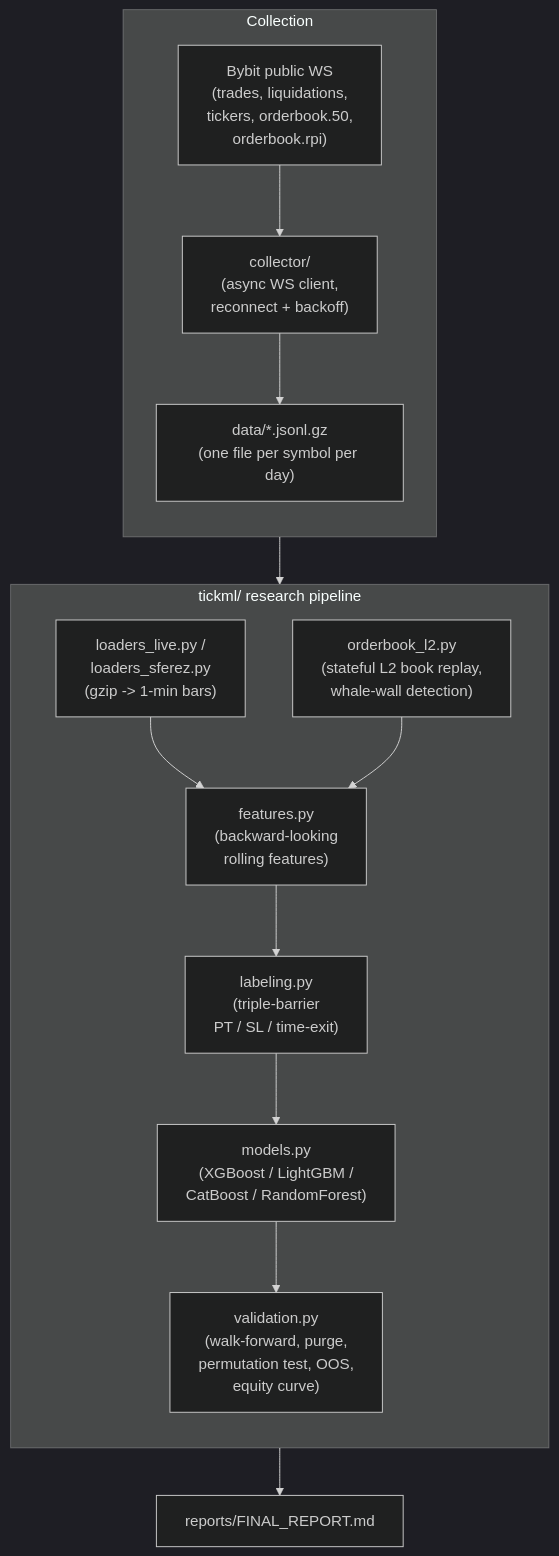
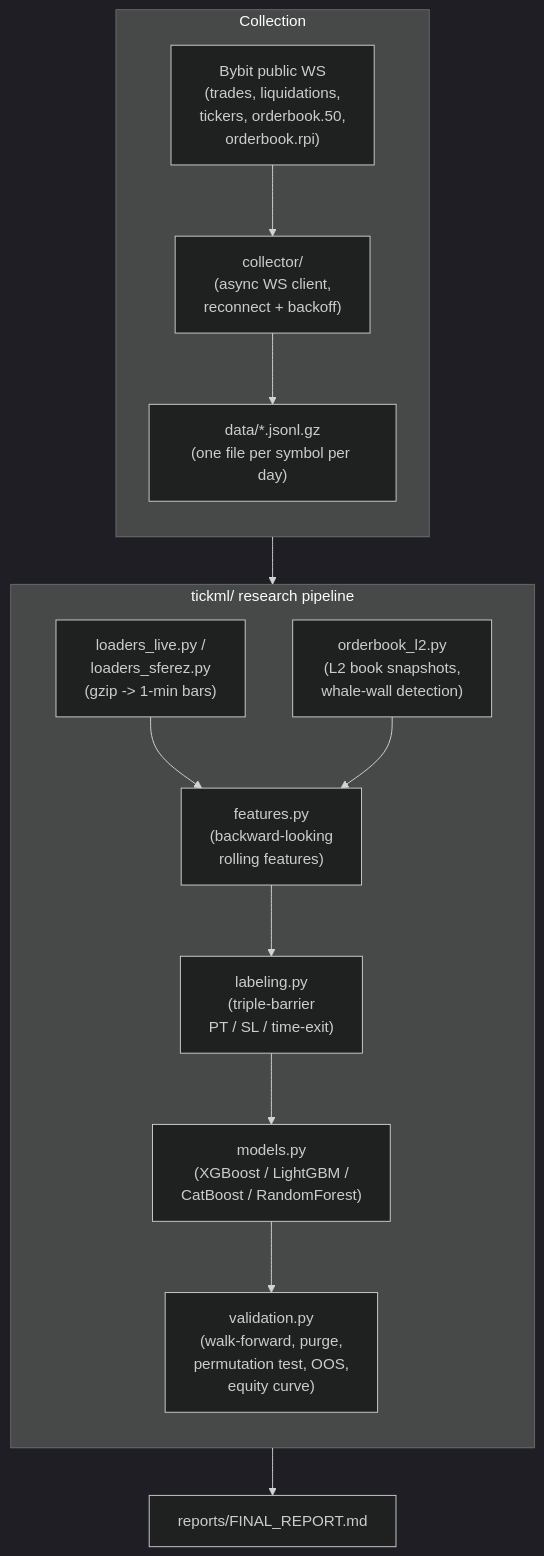
Before and after one commit to nadeko0/edge-or-noise: the first of 3 diagrams in README.md, drawn with Mermaid (dark theme). The commit also changed other lines of this file and 11 other files, not shown here.

````diff
--- a/README.md
+++ b/README.md
@@ -141,26 +155,26 @@
 ```mermaid
 flowchart TD
     subgraph Collection["Collection"]
         direction TB
         WS["Bybit public WS<br/>(trades, liquidations,<br/>tickers, orderbook.50,<br/>orderbook.rpi)"]
         COL["collector/<br/>(async WS client,<br/>reconnect + backoff)"]
         DISK["data/*.jsonl.gz<br/>(one file per symbol per day)"]
         WS --> COL --> DISK
     end
 
     subgraph Research["tickml/ research pipeline"]
         direction TB
         LOAD["loaders_live.py /<br/>loaders_sferez.py<br/>(gzip -> 1-min bars)"]
-        L2["orderbook_l2.py<br/>(stateful L2 book replay,<br/>whale-wall detection)"]
+        L2["orderbook_l2.py<br/>(L2 book snapshots,<br/>whale-wall detection)"]
         FEAT["features.py<br/>(backward-looking<br/>rolling features)"]
         LABEL["labeling.py<br/>(triple-barrier<br/>PT / SL / time-exit)"]
         MODEL["models.py<br/>(XGBoost / LightGBM /<br/>CatBoost / RandomForest)"]
         VALID["validation.py<br/>(walk-forward, purge,<br/>permutation test, OOS,<br/>equity curve)"]
         LOAD --> FEAT
         L2 --> FEAT
         FEAT --> LABEL --> MODEL --> VALID
     end
 
     Collection --> Research
     VALID --> REPORT["reports/FINAL_REPORT.md"]
 ```
````
